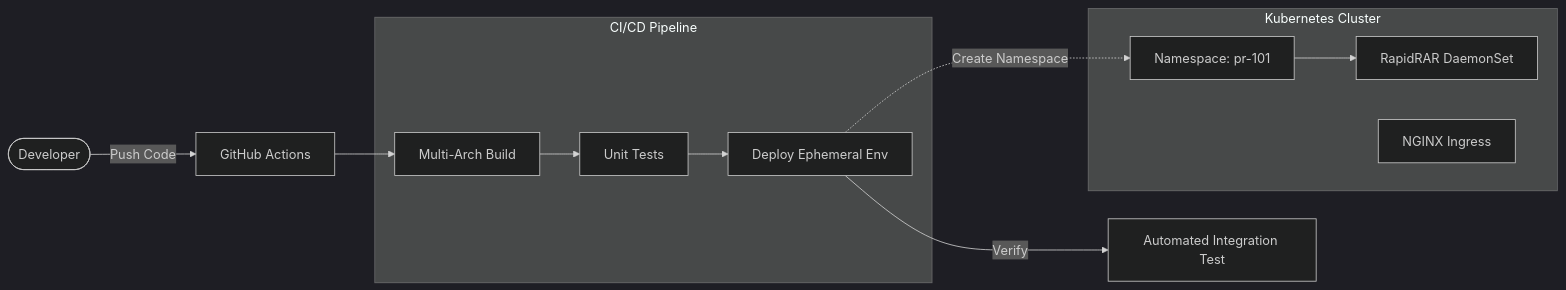
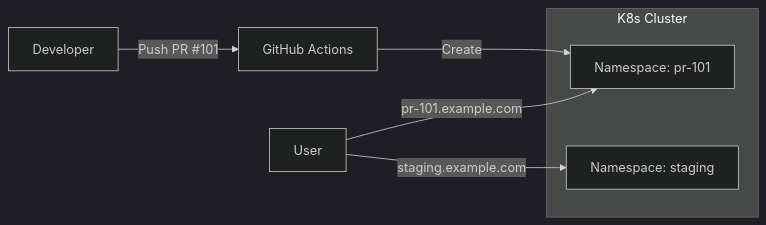
The first of 2 diagrams in README.md (aLittlecrocodile/RapidRAR), drawn with Mermaid (dark theme) before and after one commit. The commit also changed other lines of this file and 1 other file, not shown here.

````diff
--- a/README.md
+++ b/README.md
@@ -28,22 +27,13 @@
 ```mermaid
 graph LR
-    User([Developer]) -->|Push Code| GH[GitHub Actions]
+    Dev[Developer] -->|Push PR #101| CI[GitHub Actions]
+    CI -->|Create| NS[Namespace: pr-101]
     
-    subgraph CI_Pipeline [CI/CD Pipeline]
-        Build[Multi-Arch Build]
-        Test[Unit Tests]
-        Deploy[Deploy Ephemeral Env]
+    subgraph K8s Cluster
+        Staging[Namespace: staging]
+        NS
     end
     
-    GH --> Build --> Test --> Deploy
-    
-    subgraph K8s [Kubernetes Cluster]
-        DaemonSet[RapidRAR DaemonSet]
-        Ingress[NGINX Ingress]
-        
-        Deploy -.->|Create Namespace| NS[Namespace: pr-101]
-        NS --> DaemonSet
-    end
-
-    Deploy -->|Verify| AutoTest[Automated Integration Test]
+    User -->|pr-101.example.com| NS
+    User -->|staging.example.com| Staging
 ```
````
